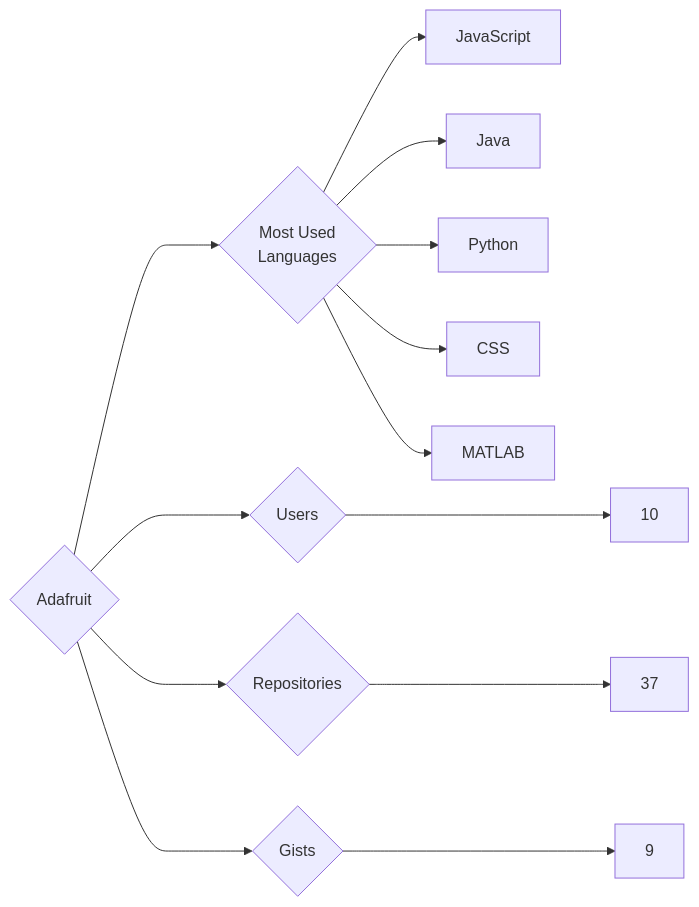
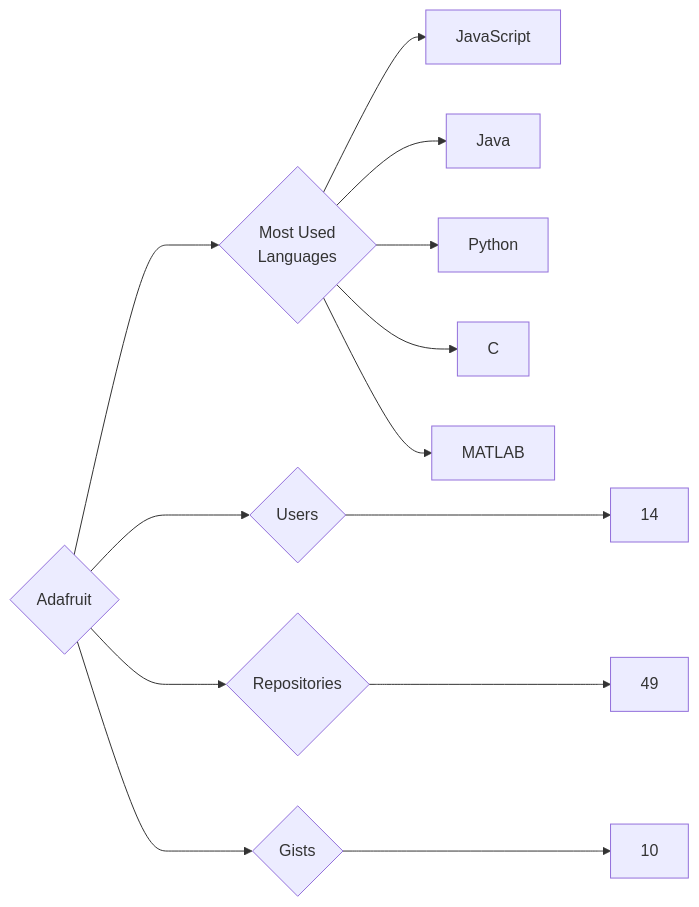
One commit to trickest/insiders changed the diagram in targets/Adafruit/README.md. Above: the diagram before and after it, drawn with Mermaid. The commit also changed 1167 other files, not shown here.

````diff
--- a/targets/Adafruit/README.md
+++ b/targets/Adafruit/README.md
@@ -3,13 +3,13 @@
 ```mermaid
 graph LR
 COMPANY_NAME{Adafruit}
-COMPANY_NAME ---> U{Users} ---> UN[10]
-COMPANY_NAME ---> R{Repositories} ---> RN[37]
-COMPANY_NAME ---> G{Gists} ---> GN[9]
+COMPANY_NAME ---> U{Users} ---> UN[14]
+COMPANY_NAME ---> R{Repositories} ---> RN[49]
+COMPANY_NAME ---> G{Gists} ---> GN[10]
 COMPANY_NAME ---> ML{Most Used<br>Languages}
 ML --> JavaScript[JavaScript]
 ML --> Java[Java]
 ML --> Python[Python]
-ML --> CSS[CSS]
+ML --> C[C]
 ML --> MATLAB[MATLAB]
 ```
````
